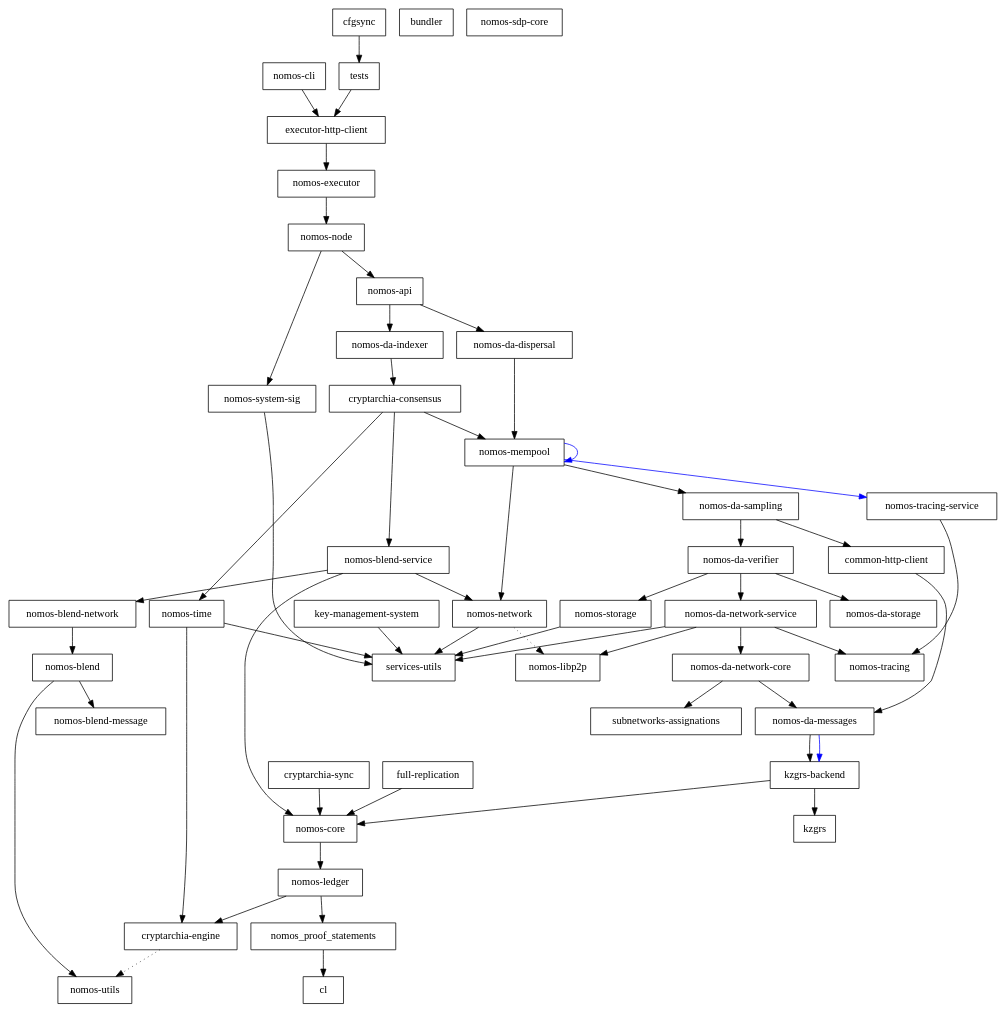
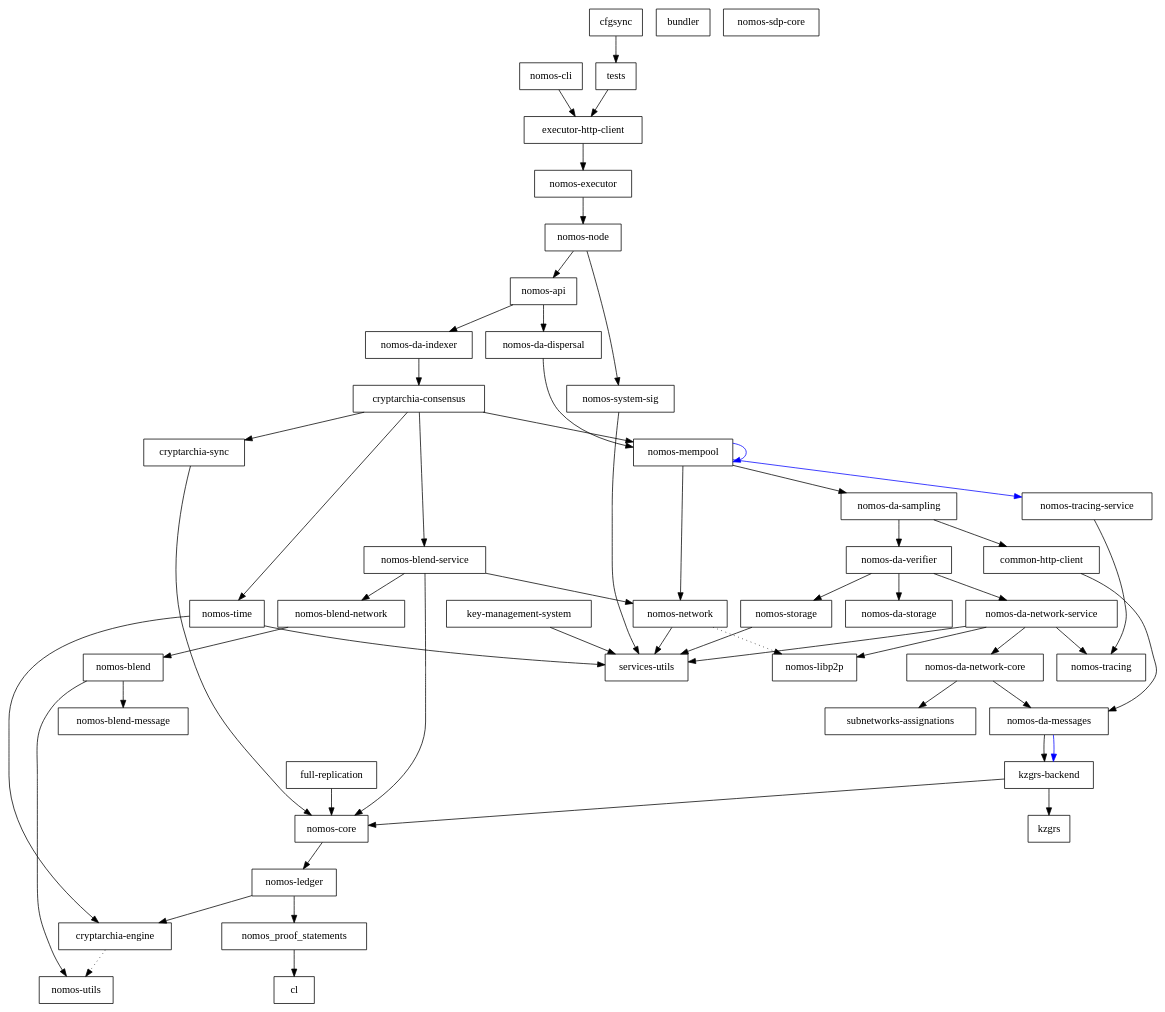
Before and after one commit to logos-co/nomos: the diagram in dependencies_graph.dot, drawn with Graphviz. The commit also changed 9 other files, not shown here.

```diff
--- a/dependencies_graph.dot
+++ b/dependencies_graph.dot
@@ -1,101 +1,102 @@
 digraph {
     0 [ label = "common-http-client" shape = box]
     1 [ label = "nomos-core" shape = box]
     2 [ label = "cl" shape = box]
     3 [ label = "cryptarchia-engine" shape = box]
     4 [ label = "nomos-utils" shape = box]
     5 [ label = "nomos-ledger" shape = box]
     6 [ label = "nomos_proof_statements" shape = box]
     7 [ label = "nomos-da-messages" shape = box]
     8 [ label = "kzgrs-backend" shape = box]
     9 [ label = "kzgrs" shape = box]
     10 [ label = "executor-http-client" shape = box]
     11 [ label = "nomos-executor" shape = box]
     12 [ label = "nomos-api" shape = box]
     13 [ label = "cryptarchia-consensus" shape = box]
-    14 [ label = "nomos-blend-service" shape = box]
-    15 [ label = "nomos-blend" shape = box]
-    16 [ label = "nomos-blend-message" shape = box]
-    17 [ label = "nomos-blend-network" shape = box]
-    18 [ label = "nomos-libp2p" shape = box]
-    19 [ label = "nomos-network" shape = box]
-    20 [ label = "services-utils" shape = box]
-    21 [ label = "nomos-da-sampling" shape = box]
-    22 [ label = "nomos-da-network-core" shape = box]
-    23 [ label = "subnetworks-assignations" shape = box]
-    24 [ label = "nomos-da-network-service" shape = box]
-    25 [ label = "nomos-tracing" shape = box]
-    26 [ label = "nomos-da-storage" shape = box]
-    27 [ label = "nomos-da-verifier" shape = box]
-    28 [ label = "nomos-storage" shape = box]
-    29 [ label = "nomos-mempool" shape = box]
-    30 [ label = "nomos-tracing-service" shape = box]
-    31 [ label = "nomos-time" shape = box]
-    32 [ label = "nomos-da-dispersal" shape = box]
-    33 [ label = "nomos-da-indexer" shape = box]
-    34 [ label = "nomos-node" shape = box]
-    35 [ label = "nomos-system-sig" shape = box]
-    36 [ label = "cryptarchia-sync" shape = box]
+    14 [ label = "cryptarchia-sync" shape = box]
+    15 [ label = "nomos-blend-service" shape = box]
+    16 [ label = "nomos-blend" shape = box]
+    17 [ label = "nomos-blend-message" shape = box]
+    18 [ label = "nomos-blend-network" shape = box]
+    19 [ label = "nomos-libp2p" shape = box]
+    20 [ label = "nomos-network" shape = box]
+    21 [ label = "services-utils" shape = box]
+    22 [ label = "nomos-da-sampling" shape = box]
+    23 [ label = "nomos-da-network-core" shape = box]
+    24 [ label = "subnetworks-assignations" shape = box]
+    25 [ label = "nomos-da-network-service" shape = box]
+    26 [ label = "nomos-tracing" shape = box]
+    27 [ label = "nomos-da-storage" shape = box]
+    28 [ label = "nomos-da-verifier" shape = box]
+    29 [ label = "nomos-storage" shape = box]
+    30 [ label = "nomos-mempool" shape = box]
+    31 [ label = "nomos-tracing-service" shape = box]
+    32 [ label = "nomos-time" shape = box]
+    33 [ label = "nomos-da-dispersal" shape = box]
+    34 [ label = "nomos-da-indexer" shape = box]
+    35 [ label = "nomos-node" shape = box]
+    36 [ label = "nomos-system-sig" shape = box]
     37 [ label = "bundler" shape = box]
     38 [ label = "nomos-cli" shape = box]
     39 [ label = "full-replication" shape = box]
     40 [ label = "nomos-sdp-core" shape = box]
     41 [ label = "key-management-system" shape = box]
     42 [ label = "cfgsync" shape = box]
     43 [ label = "tests" shape = box]
     0 -> 7 [ ]
     1 -> 5 [ ]
     3 -> 4 [ style = dotted]
     5 -> 3 [ ]
     5 -> 6 [ ]
     6 -> 2 [ ]
     7 -> 8 [ ]
     7 -> 8 [ color = blue]
     8 -> 9 [ ]
     8 -> 1 [ ]
     10 -> 11 [ ]
-    11 -> 34 [ ]
-    12 -> 32 [ ]
+    11 -> 35 [ ]
     12 -> 33 [ ]
+    12 -> 34 [ ]
     13 -> 14 [ ]
-    13 -> 29 [ ]
-    13 -> 31 [ ]
-    14 -> 17 [ ]
+    13 -> 15 [ ]
+    13 -> 30 [ ]
+    13 -> 32 [ ]
     14 -> 1 [ ]
-    14 -> 19 [ ]
-    15 -> 16 [ ]
-    15 -> 4 [ ]
-    17 -> 15 [ ]
-    19 -> 18 [ style = dotted]
-    19 -> 20 [ ]
-    21 -> 0 [ ]
-    21 -> 27 [ ]
-    22 -> 7 [ ]
-    22 -> 23 [ ]
-    24 -> 22 [ ]
-    24 -> 18 [ ]
-    24 -> 25 [ ]
-    24 -> 20 [ ]
-    27 -> 24 [ ]
-    27 -> 26 [ ]
-    27 -> 28 [ ]
-    28 -> 20 [ ]
+    15 -> 18 [ ]
+    15 -> 1 [ ]
+    15 -> 20 [ ]
+    16 -> 17 [ ]
+    16 -> 4 [ ]
+    18 -> 16 [ ]
+    20 -> 19 [ style = dotted]
+    20 -> 21 [ ]
+    22 -> 0 [ ]
+    22 -> 28 [ ]
+    23 -> 7 [ ]
+    23 -> 24 [ ]
+    25 -> 23 [ ]
+    25 -> 19 [ ]
+    25 -> 26 [ ]
+    25 -> 21 [ ]
+    28 -> 25 [ ]
+    28 -> 27 [ ]
+    28 -> 29 [ ]
     29 -> 21 [ ]
-    29 -> 29 [ color = blue]
-    29 -> 19 [ ]
-    29 -> 30 [ color = blue]
-    30 -> 25 [ ]
-    31 -> 3 [ ]
-    31 -> 20 [ ]
-    32 -> 29 [ ]
-    33 -> 13 [ ]
-    34 -> 12 [ ]
-    34 -> 35 [ ]
-    35 -> 20 [ ]
-    36 -> 1 [ ]
+    30 -> 22 [ ]
+    30 -> 30 [ color = blue]
+    30 -> 20 [ ]
+    30 -> 31 [ color = blue]
+    31 -> 26 [ ]
+    32 -> 3 [ ]
+    32 -> 21 [ ]
+    33 -> 30 [ ]
+    34 -> 13 [ ]
+    35 -> 12 [ ]
+    35 -> 36 [ ]
+    36 -> 21 [ ]
     38 -> 10 [ ]
     39 -> 1 [ ]
-    41 -> 20 [ ]
+    41 -> 21 [ ]
     42 -> 43 [ ]
     43 -> 10 [ ]
 }
```
